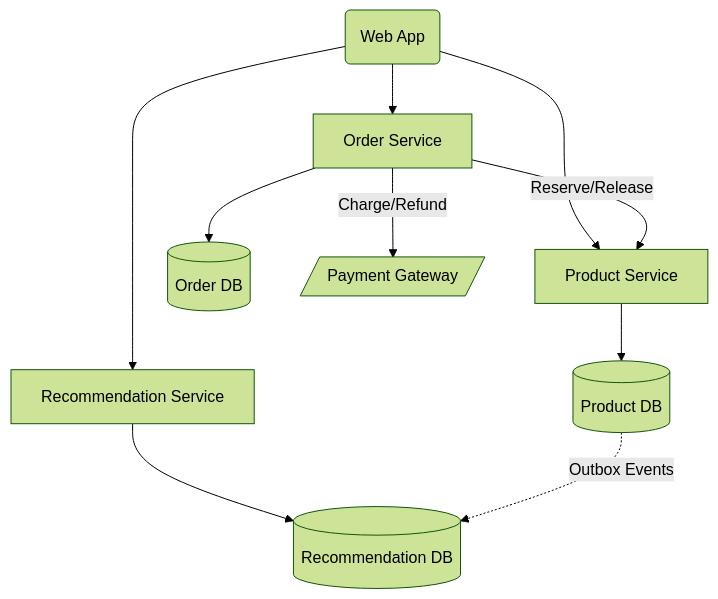
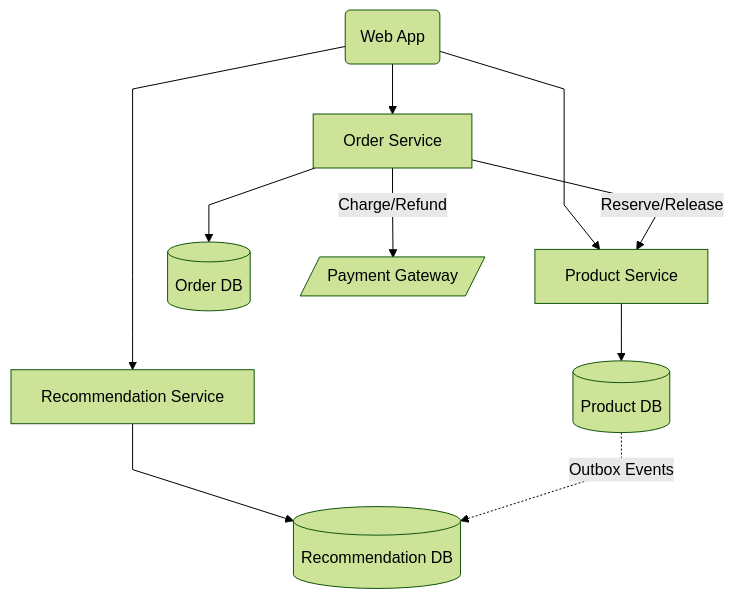
The diagram in latency-aficionados/README.md (rafaritter44/architecture-katas), drawn with Mermaid (forest theme) before and after one commit.

Commit message:
Make diagram arrows linear

````diff
--- a/latency-aficionados/README.md
+++ b/latency-aficionados/README.md
@@ -11,28 +11,33 @@
 ```mermaid
+---
+config:
+  flowchart:
+    curve: linear
+---
 flowchart TD
     WA(Web App)
 
     PS[Product Service]
     PDB[(Product DB)]
 
     OS[Order Service]
     ODB[(Order DB)]
 
     RS[Recommendation Service]
     RDB[(Recommendation DB)]
 
     PG[/Payment Gateway/]
 
     WA --> PS
     WA --> RS
     WA --> OS
 
     PS --> PDB
     RS --> RDB
     OS --> ODB
 
     OS -->|Reserve/Release| PS
     OS -->|Charge/Refund| PG
 
     PDB -.->|Outbox Events| RDB
 ```
````
